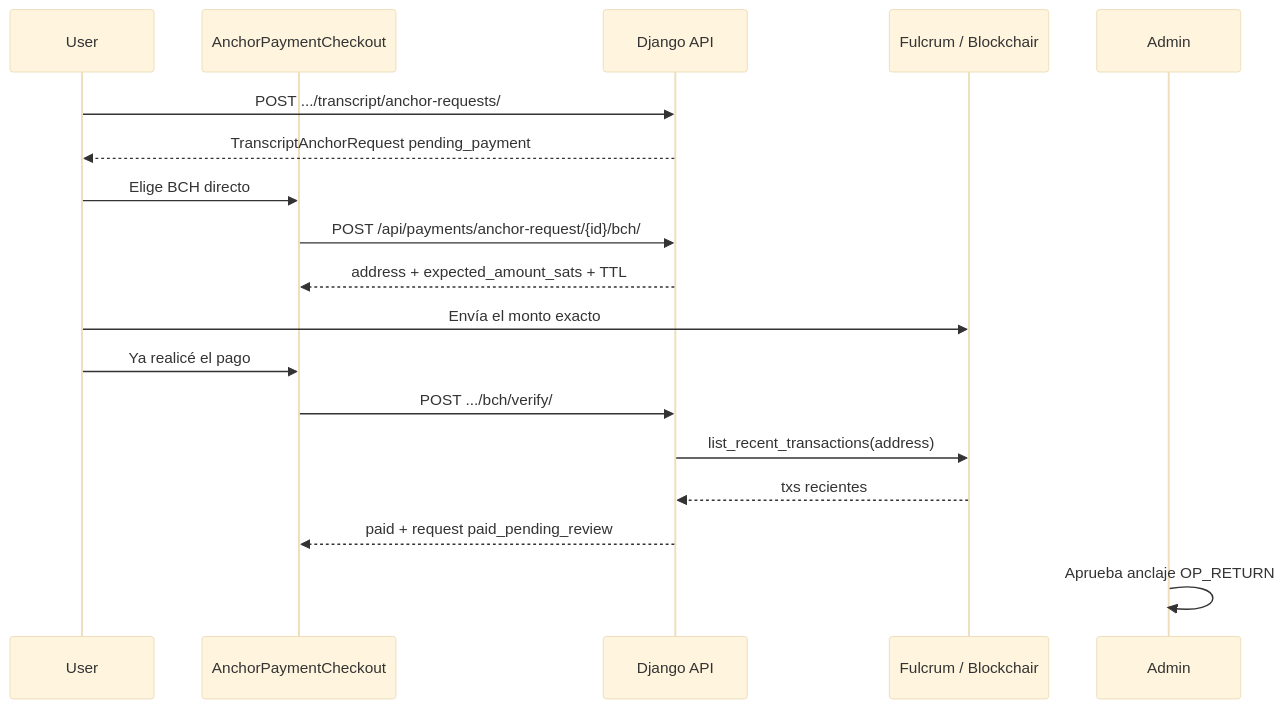
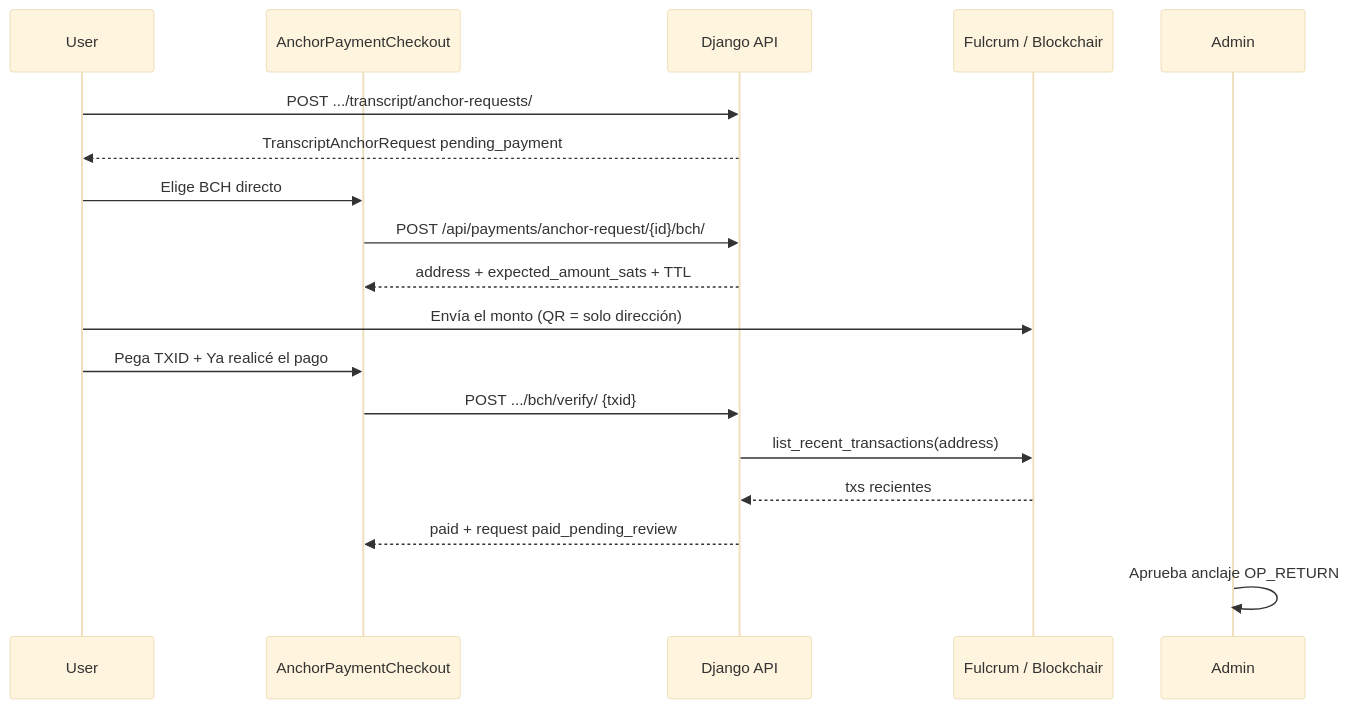
Before and after one commit to Alejoss/Sophia.AI: the diagram in docs/payments/bch-direct.md, drawn with Mermaid (base theme). The commit also changed other lines of this file and 10 other files, not shown here.

First line of the commit message:
Require BCH payment TXID for buyer verify instead of address scan.

````diff
--- a/docs/payments/bch-direct.md
+++ b/docs/payments/bch-direct.md
@@ -50,21 +50,21 @@
 ```mermaid
 sequenceDiagram
     participant User
     participant UI as AnchorPaymentCheckout
     participant API as Django API
     participant Chain as Fulcrum / Blockchair
     participant Admin
 
     User->>API: POST .../transcript/anchor-requests/
     API-->>User: TranscriptAnchorRequest pending_payment
     User->>UI: Elige BCH directo
     UI->>API: POST /api/payments/anchor-request/{id}/bch/
     API-->>UI: address + expected_amount_sats + TTL
-    User->>Chain: Envía el monto exacto
-    User->>UI: Ya realicé el pago
-    UI->>API: POST .../bch/verify/
+    User->>Chain: Envía el monto (QR = solo dirección)
+    User->>UI: Pega TXID + Ya realicé el pago
+    UI->>API: POST .../bch/verify/ {txid}
     API->>Chain: list_recent_transactions(address)
     Chain-->>API: txs recientes
     API-->>UI: paid + request paid_pending_review
     Admin->>Admin: Aprueba anclaje OP_RETURN
 ```
````
